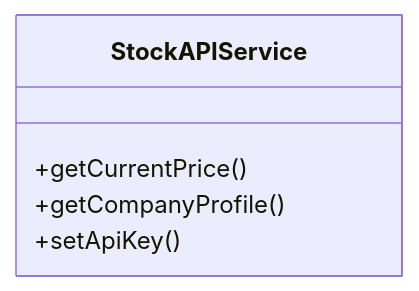
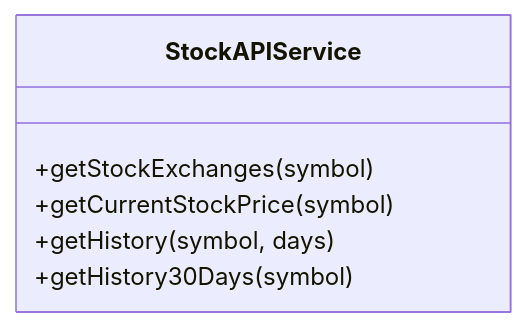
The first of 3 diagrams in src/service/stockAPIService/README.md (ChristianScheub/Typescript_PassivIncomeCalculator), drawn with Mermaid before and after one commit. The commit also changed other lines of this file and 43 other files, not shown here.

````diff
--- a/src/service/stockAPIService/README.md
+++ b/src/service/stockAPIService/README.md
@@ -60,8 +53,9 @@
 ```mermaid
 classDiagram
     class StockAPIService {
-      +getCurrentPrice()
-      +getCompanyProfile()
-      +setApiKey()
+      +getStockExchanges(symbol)
+      +getCurrentStockPrice(symbol)
+      +getHistory(symbol, days)
+      +getHistory30Days(symbol)
     }
 ```
````
